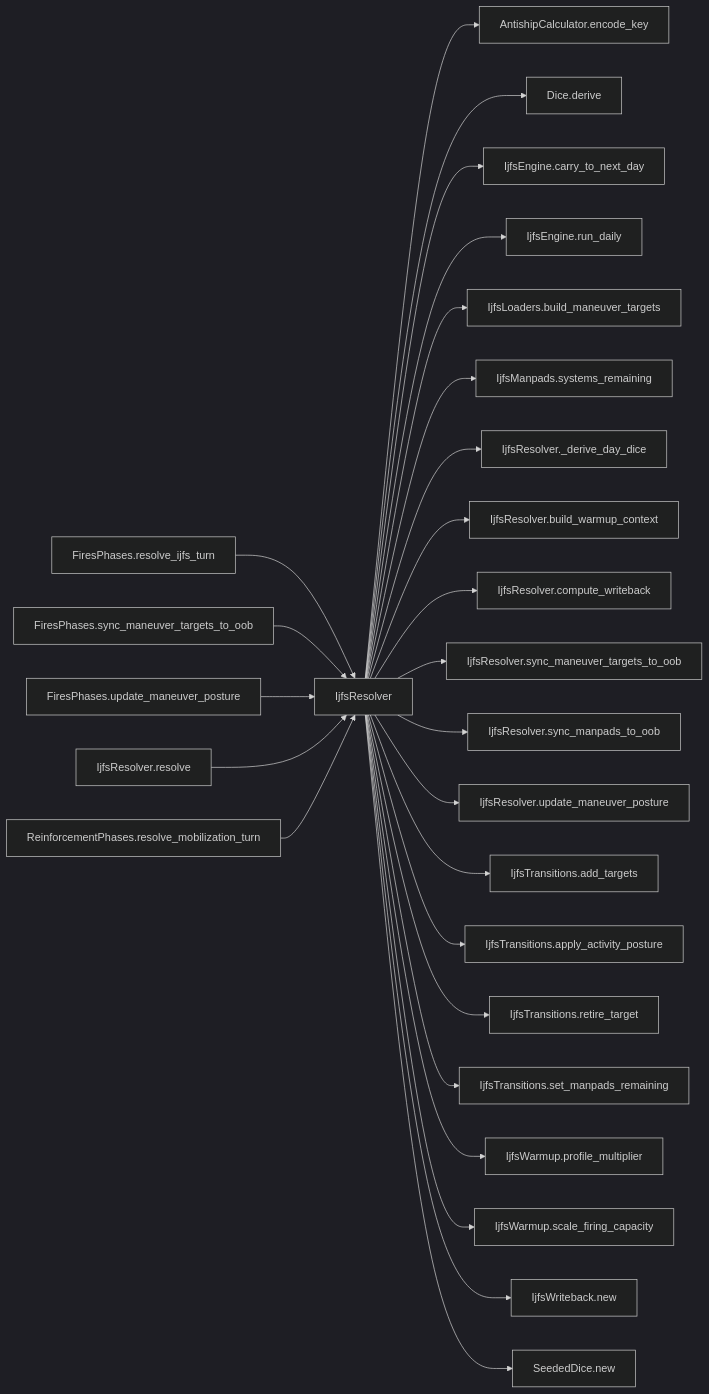
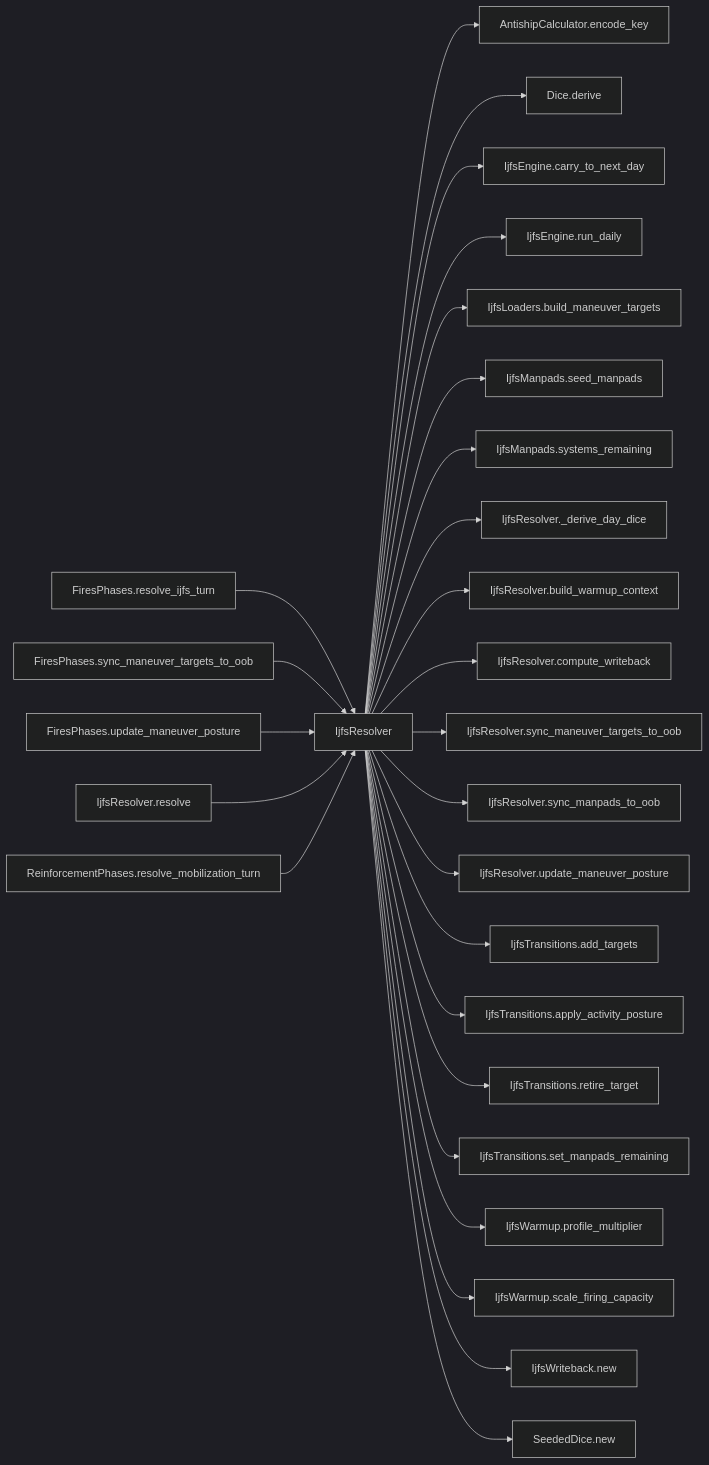
The diagram in docs/presentations/IjfsResolver.md (MCancian/HexCombat), drawn with Mermaid (dark theme) before and after one commit. The commit also changed other lines of this file and 117 other files, not shown here.

````diff
--- a/docs/presentations/IjfsResolver.md
+++ b/docs/presentations/IjfsResolver.md
@@ -37,29 +37,30 @@
 ```mermaid
 flowchart LR
   n_3c08cdd5c3ee["IjfsResolver"]
   n_943159d0aa66["FiresPhases.resolve_ijfs_turn"] --> n_3c08cdd5c3ee
   n_9b4cc8b0d241["FiresPhases.sync_maneuver_targets_to_oob"] --> n_3c08cdd5c3ee
   n_d012b5055cd2["FiresPhases.update_maneuver_posture"] --> n_3c08cdd5c3ee
   n_3ee2b3c13ed8["IjfsResolver.resolve"] --> n_3c08cdd5c3ee
   n_e9f2ac00c499["ReinforcementPhases.resolve_mobilization_turn"] --> n_3c08cdd5c3ee
   n_3c08cdd5c3ee --> n_f6fd34db6861["AntishipCalculator.encode_key"]
   n_3c08cdd5c3ee --> n_18b99cbee55e["Dice.derive"]
   n_3c08cdd5c3ee --> n_49c1716f229a["IjfsEngine.carry_to_next_day"]
   n_3c08cdd5c3ee --> n_03fb0827f305["IjfsEngine.run_daily"]
   n_3c08cdd5c3ee --> n_494e19f06621["IjfsLoaders.build_maneuver_targets"]
+  n_3c08cdd5c3ee --> n_27e72c9e493c["IjfsManpads.seed_manpads"]
   n_3c08cdd5c3ee --> n_cfd003a22d11["IjfsManpads.systems_remaining"]
   n_3c08cdd5c3ee --> n_d2cd7bfa06ca["IjfsResolver._derive_day_dice"]
   n_3c08cdd5c3ee --> n_584ebfd14a06["IjfsResolver.build_warmup_context"]
   n_3c08cdd5c3ee --> n_1a0c1683a93a["IjfsResolver.compute_writeback"]
   n_3c08cdd5c3ee --> n_c5058da68f19["IjfsResolver.sync_maneuver_targets_to_oob"]
   n_3c08cdd5c3ee --> n_873d569969d3["IjfsResolver.sync_manpads_to_oob"]
   n_3c08cdd5c3ee --> n_304f1221051e["IjfsResolver.update_maneuver_posture"]
   n_3c08cdd5c3ee --> n_0ece1c46c6c6["IjfsTransitions.add_targets"]
   n_3c08cdd5c3ee --> n_f2c6e8871fa5["IjfsTransitions.apply_activity_posture"]
   n_3c08cdd5c3ee --> n_3e14de4f0078["IjfsTransitions.retire_target"]
   n_3c08cdd5c3ee --> n_07aa5c09ef24["IjfsTransitions.set_manpads_remaining"]
   n_3c08cdd5c3ee --> n_7e3b3a613a8d["IjfsWarmup.profile_multiplier"]
   n_3c08cdd5c3ee --> n_e9cabca522ae["IjfsWarmup.scale_firing_capacity"]
   n_3c08cdd5c3ee --> n_46048326a957["IjfsWriteback.new"]
   n_3c08cdd5c3ee --> n_3eca1f04028f["SeededDice.new"]
 ```
````
